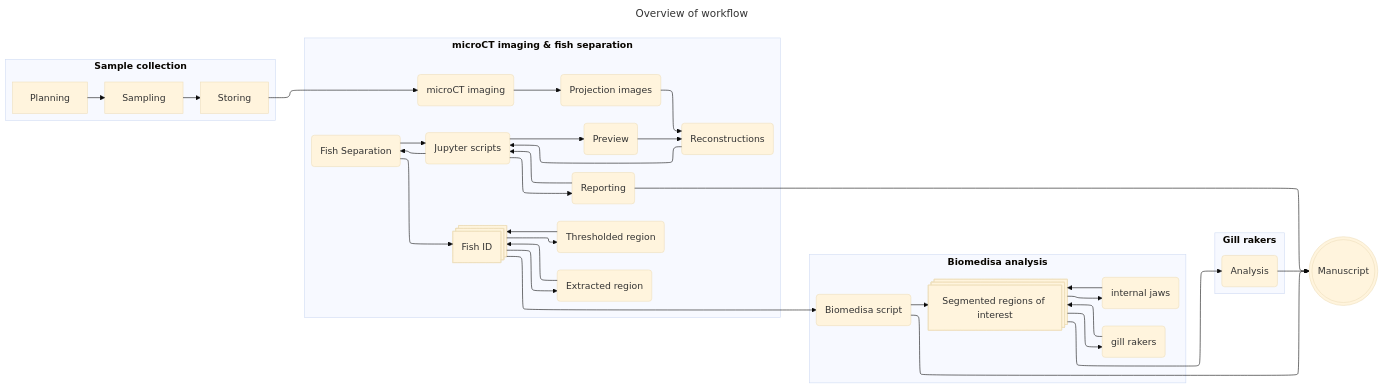
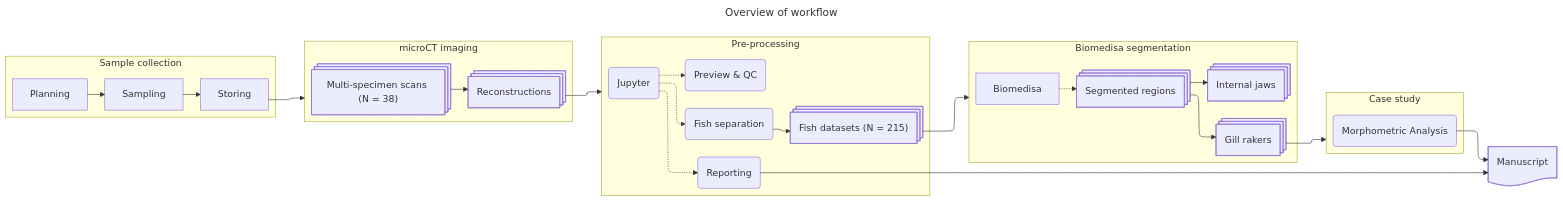
The diagram in v/latest/images/workflow.mmd (habi/sticklebacks-manuscript), drawn with Mermaid before and after one commit. The commit also changed 34 other files, not shown here.

```diff
--- a/v/latest/images/workflow.mmd
+++ b/v/latest/images/workflow.mmd
@@ -1,39 +1,69 @@
 ---
 title: Overview of workflow
 config:
-  theme: base
   layout: elk
-  elk:
-    mergeEdges: true
-    nodePlacementStrategy: LINEAR_SEGMENTS
 ---
 flowchart LR
-    subgraph Katie [<b>Sample collection</b>]
-       Planning --> Sampling
-       Sampling --> Storing
-    end
-    Storing --> uct
-    subgraph David [<b>microCT imaging & fish separation</b>]
-        uct(microCT imaging) --> proj(Projection images)
-        proj --> rec(Reconstructions)
-        rec --> jupyter(Jupyter scripts)
-        jupyter --> preview(Preview) --> rec
-        jupyter --> separation(Fish Separation) --> jupyter
-        jupyter --> reporting(Reporting) --> jupyter
-        separation --> fishid(Fish ID) --> region(Extracted region) --> fishid(Fish ID)
-        fishid --> region_thresholded(Thresholded region) --> fishid
-        fishid@{ shape: procs }
-    end
-    subgraph Ben [<b>Biomedisa analysis</b>]
-        fishid --> biomedisa(Biomedisa script)
-        biomedisa --> regions(Segmented regions of interest)
-        regions@{ shape: procs }
-        regions --> rakers(gill rakers) --> regions
-        regions --> jaws(internal jaws) --> regions
-    end
-    subgraph Sheila [<b>Gill rakers</b>]
-        regions -->  analysis(Analysis)
-    end
-        reporting --> manubot(((Manuscript)))
-        biomedisa --> manubot
-        analysis --> manubot
+
+subgraph collection["Sample collection"]
+    Planning --> Sampling --> Storing
+end
+
+Storing --> imaging
+
+subgraph imaging["microCT imaging"]
+    holder@{shape: procs, label: "Multi-specimen scans (N = 38)"}
+    rec@{shape: procs, label: "Reconstructions"}
+
+    holder --> rec
+end
+
+rec --> preprocessing
+
+subgraph preprocessing["Pre-processing"]
+    jupyter("Jupyter")
+
+    preview("Preview & QC")
+    separation("Fish separation")
+    fishid@{shape: procs, label: "Fish datasets (N = 215)"}
+    reporting("Reporting")
+
+    separation -----> fishid
+
+    jupyter -....-> preview
+    jupyter -.-> separation
+    jupyter -.-> reporting
+end
+
+fishid --> segmentation
+
+subgraph segmentation["Biomedisa segmentation"]
+    Biomedisa
+
+    regions@{shape: procs, label: "Segmented regions"}
+    rakers@{shape: procs, label: "Gill rakers"}
+    jaws@{shape: procs, label: "Internal jaws"}
+
+    Biomedisa -.-> regions
+    regions --> rakers
+    regions --> jaws
+end
+
+rakers --> analysis
+
+subgraph analysis["Case study"]
+    morph("Morphometric Analysis")
+end
+
+manubot@{shape: doc, label: "Manuscript"}
+
+reporting ---------> manubot
+morph --> manubot
+
+Storing ~~~ holder
+rec ~~~ jupyter
+
+separation ~~~ fishid
+fishid ~~~ Biomedisa
+
+rakers ~~~ morph
```
